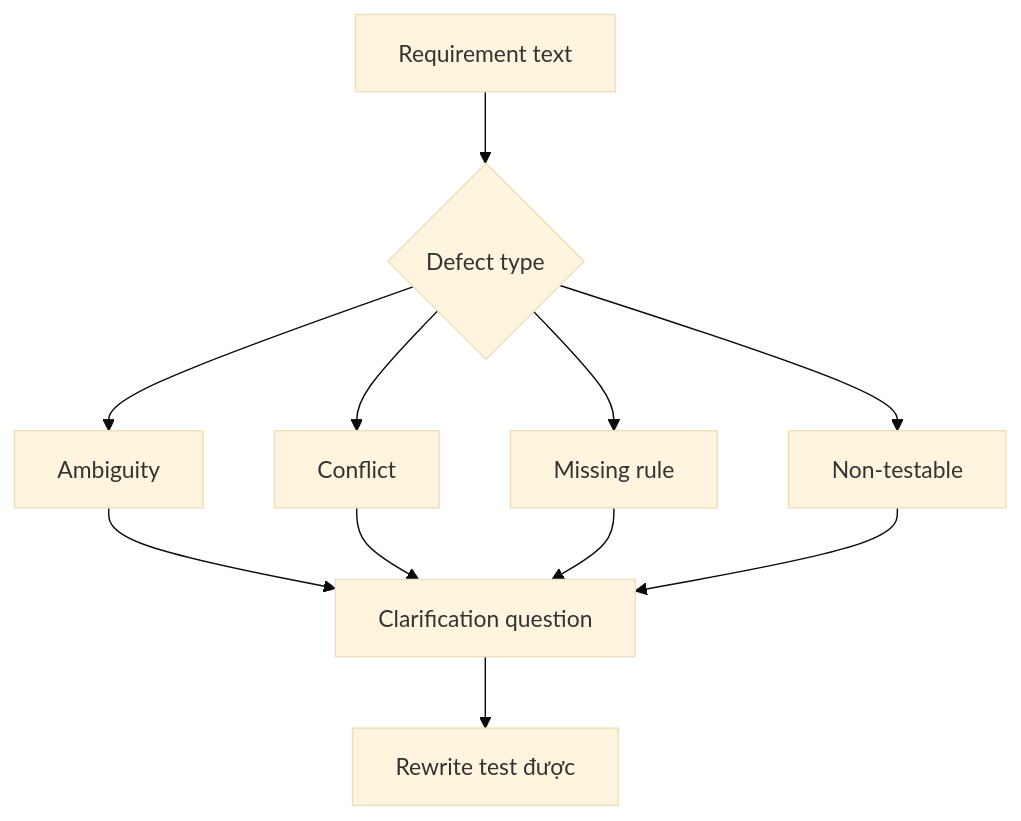
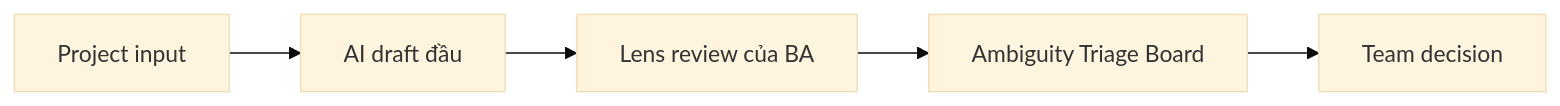
The first of 2 diagrams in docs/vi/lessons/ambiguity-conflict-and-gap-analysis/index.md (anhtnt90dev/ai-for-ba), drawn with Mermaid (base theme) before and after one commit. The commit also changed other lines of this file and 40 other files, not shown here.

````diff
--- a/docs/vi/lessons/ambiguity-conflict-and-gap-analysis/index.md
+++ b/docs/vi/lessons/ambiguity-conflict-and-gap-analysis/index.md
@@ -68,13 +84,12 @@
 ```mermaid
-flowchart TD
-    A["Requirement text"] --> B{"Defect type"}
-    B --> C["Ambiguity"]
-    B --> D["Conflict"]
-    B --> E["Missing rule"]
-    B --> F["Non-testable"]
-    C --> G["Clarification question"]
-    D --> G
-    E --> G
-    F --> G
-    G --> H["Rewrite test được"]
+flowchart LR
+    A["Project input"]
+    B["AI draft đầu"]
+    A --> B
+    C["Lens review của BA"]
+    B --> C
+    D["Ambiguity Triage Board"]
+    C --> D
+    E["Team decision"]
+    D --> E
 ```
````
